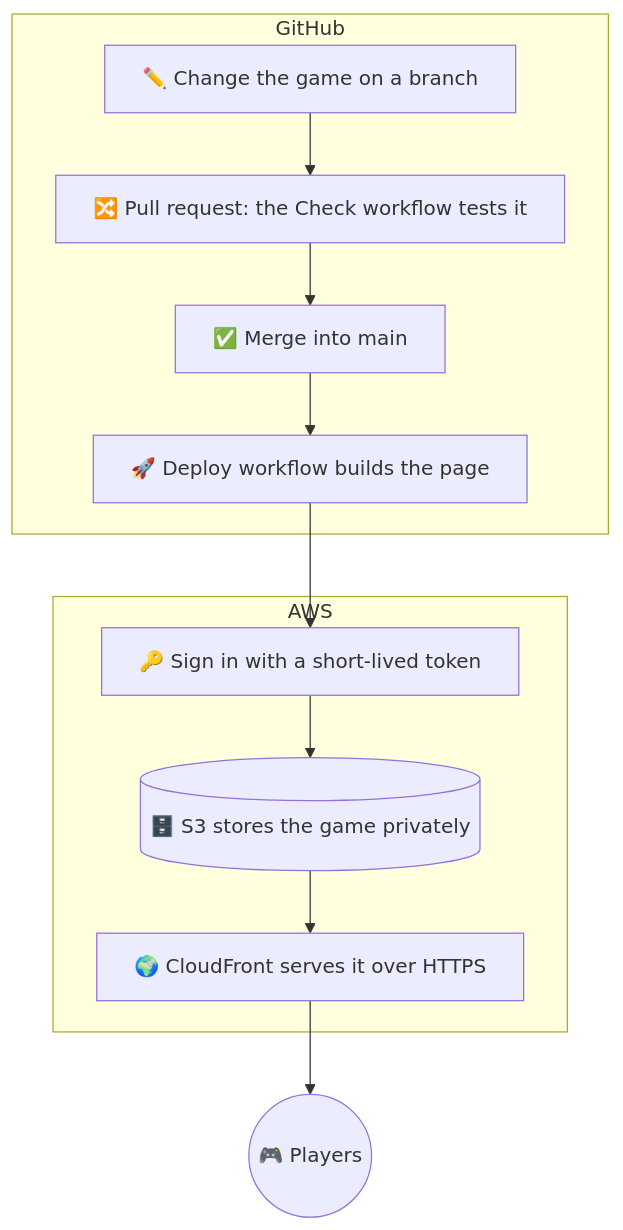
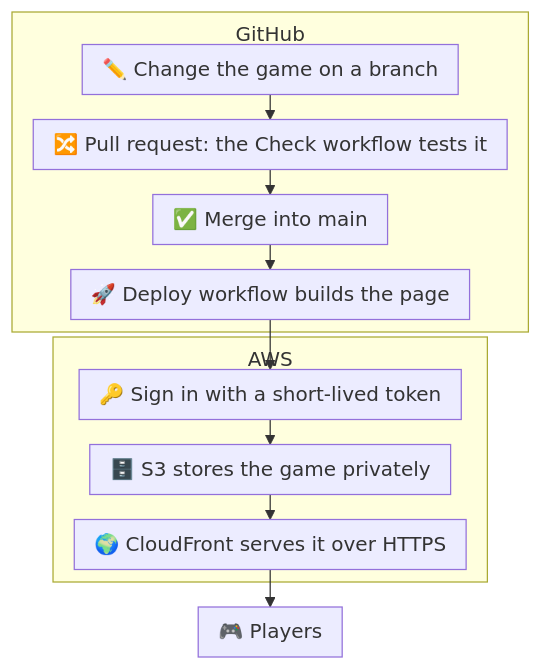
The diagram in README.md (ok-kewei/cinderella-maze), drawn with Mermaid before and after one commit. The commit also changed other lines of this file, not shown here.

Commit message:
README: drop Key Features and the browser note; tighter diagram

````diff
--- a/README.md
+++ b/README.md
@@ -40,15 +31,15 @@
 ```mermaid
-%%{init: {"flowchart": {"wrappingWidth": 500}}}%%
+%%{init: {"flowchart": {"wrappingWidth": 500, "nodeSpacing": 14, "rankSpacing": 20, "padding": 8, "subGraphTitleMargin": {"top": 6, "bottom": 10}}}}%%
 flowchart TD
   subgraph GH["GitHub"]
     A["✏️ Change the game on a branch"] --> B["🔀 Pull request: the Check workflow tests it"]
     B --> C["✅ Merge into main"]
     C --> D["🚀 Deploy workflow builds the page"]
   end
   subgraph AWS["AWS"]
-    E["🔑 Sign in with a short-lived token"] --> F[("🗄️ S3 stores the game privately")]
+    E["🔑 Sign in with a short-lived token"] --> F["🗄️ S3 stores the game privately"]
     F --> G["🌍 CloudFront serves it over HTTPS"]
   end
   D --> E
-  G --> H(("🎮 Players"))
+  G --> H["🎮 Players"]
 ```
````
